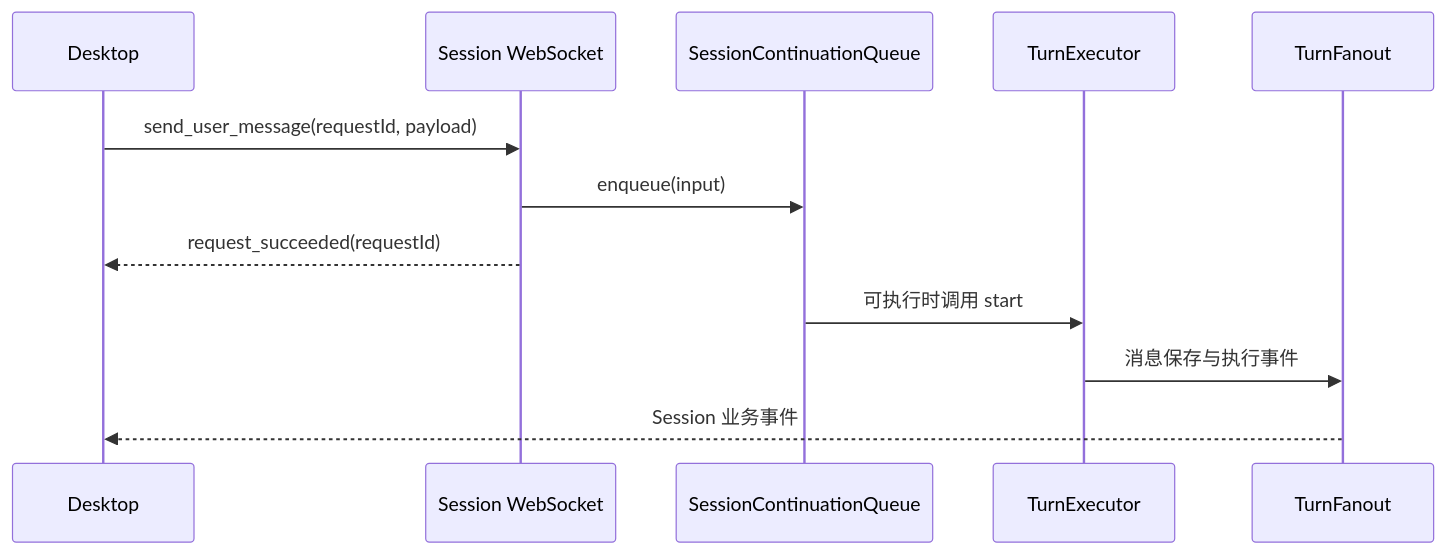
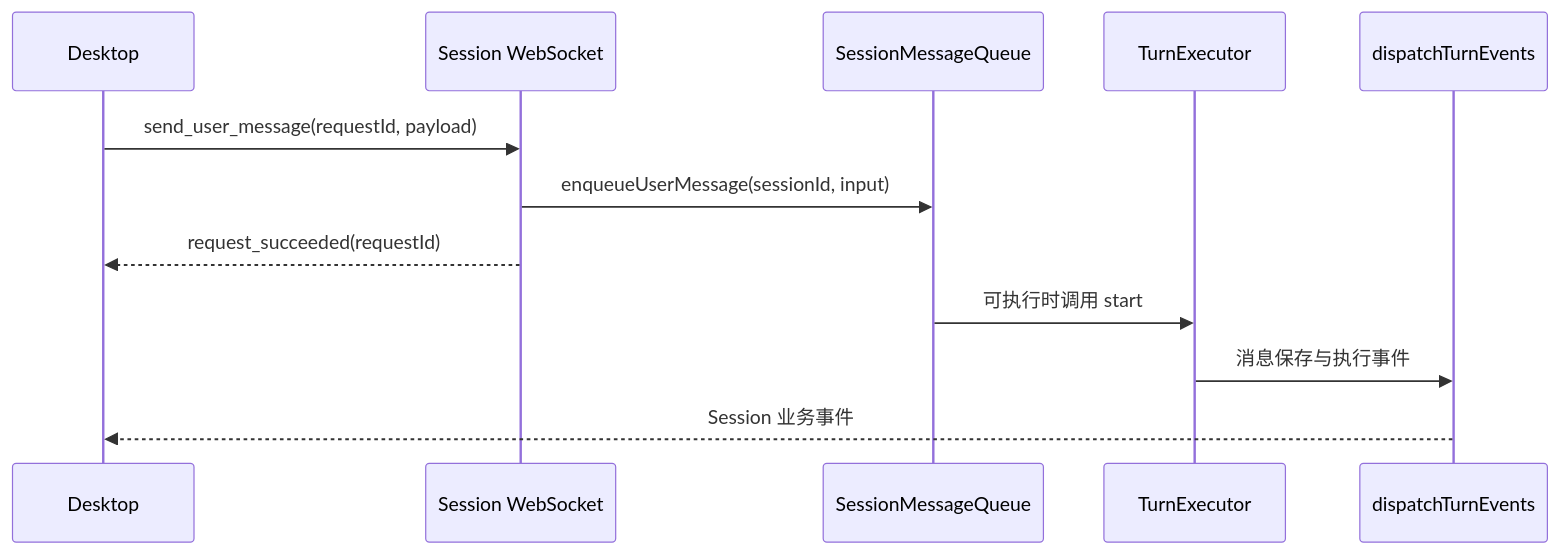
Before and after one commit to chengyuZou/EmaAgent: the diagram in apps/server/README-zh.md, drawn with Mermaid. The commit also changed other lines of this file and 35 other files, not shown here.

First line of the commit message:
refactor: rename userMessageBlocks to inputBlocks in PreparedTurn interface and related functions

````diff
--- a/apps/server/README-zh.md
+++ b/apps/server/README-zh.md
@@ -89,14 +89,14 @@
 ```mermaid
 sequenceDiagram
     participant Desktop
     participant Socket as Session WebSocket
-    participant Queue as SessionContinuationQueue
+    participant Queue as SessionMessageQueue
     participant Turn as TurnExecutor
-    participant Fanout as TurnFanout
+    participant Dispatch as dispatchTurnEvents
     Desktop->>Socket: send_user_message(requestId, payload)
-    Socket->>Queue: enqueue(input)
+    Socket->>Queue: enqueueUserMessage(sessionId, input)
     Socket-->>Desktop: request_succeeded(requestId)
     Queue->>Turn: 可执行时调用 start
-    Turn->>Fanout: 消息保存与执行事件
-    Fanout-->>Desktop: Session 业务事件
+    Turn->>Dispatch: 消息保存与执行事件
+    Dispatch-->>Desktop: Session 业务事件
 ```
````
